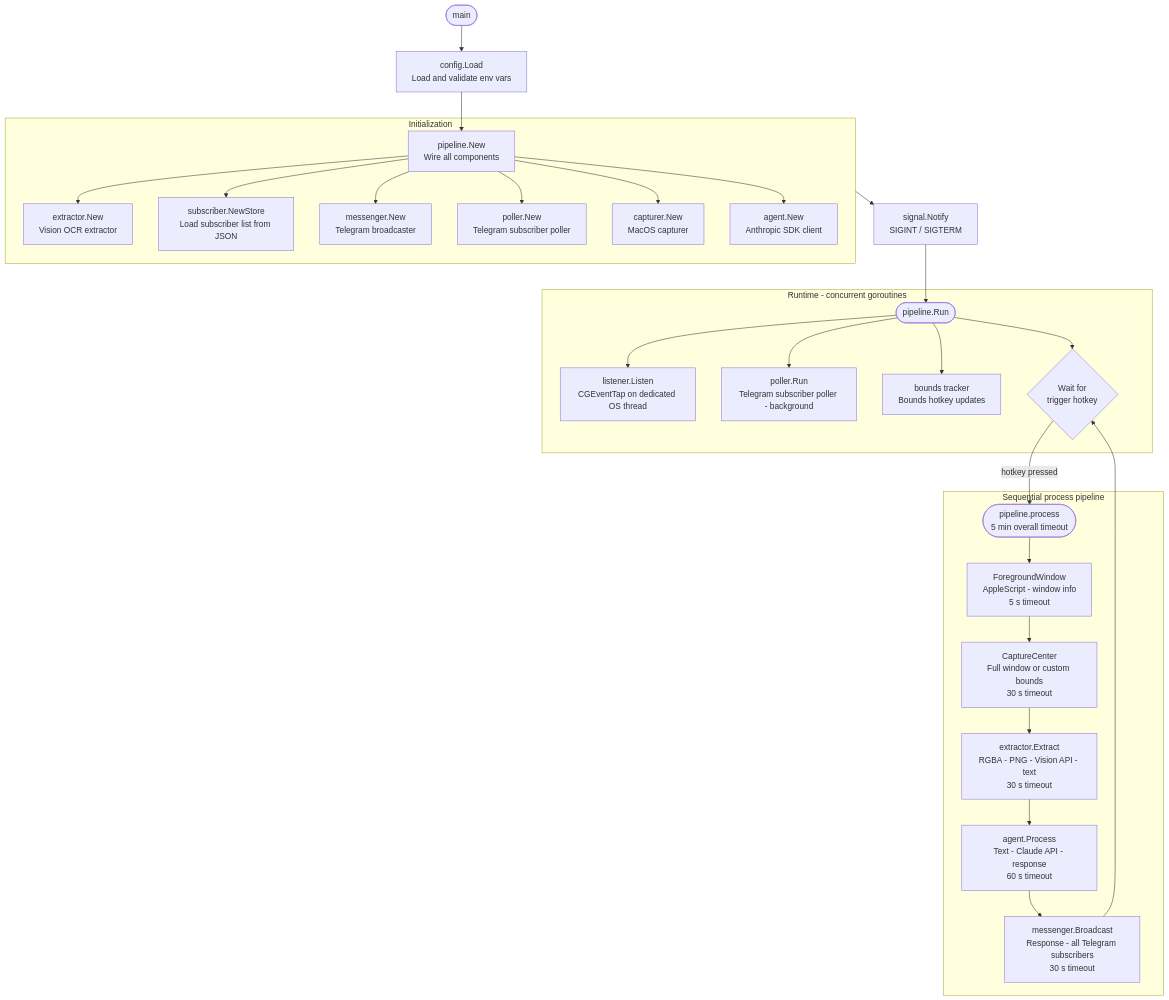
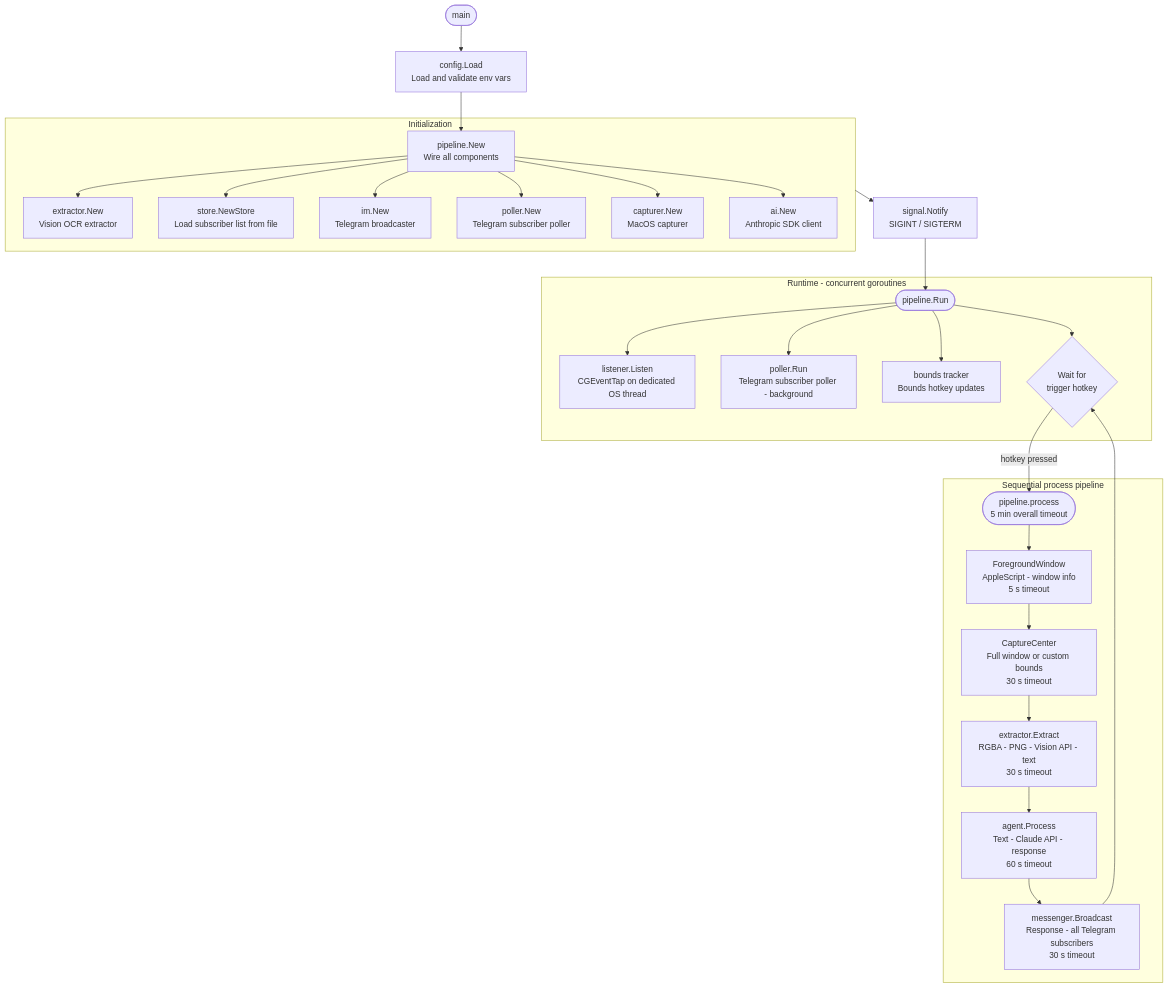
Before and after one commit to vdyalex/lens-daemon: the first of 3 diagrams in docs/ARCHITECTURE.md, drawn with Mermaid. The commit also changed other lines of this file and 58 other files, not shown here.

````diff
--- a/docs/ARCHITECTURE.md
+++ b/docs/ARCHITECTURE.md
@@ -23,36 +27,36 @@
 ```mermaid
 flowchart TD
     A([main]) --> B[config.Load<br/>Load and validate env vars]
     B --> C[pipeline.New<br/>Wire all components]
 
     subgraph Init[Initialization]
         C --> D[extractor.New<br/>Vision OCR extractor]
-        C --> E[subscriber.NewStore<br/>Load subscriber list from JSON]
-        C --> F[messenger.New<br/>Telegram broadcaster]
+        C --> E[store.NewStore<br/>Load subscriber list from file]
+        C --> F[im.New<br/>Telegram broadcaster]
         C --> G[poller.New<br/>Telegram subscriber poller]
         C --> H[capturer.New<br/>MacOS capturer]
-        C --> I[agent.New<br/>Anthropic SDK client]
+        C --> I[ai.New<br/>Anthropic SDK client]
     end
 
     Init --> J[signal.Notify<br/>SIGINT / SIGTERM]
     J --> K([pipeline.Run])
 
     subgraph Runtime[Runtime - concurrent goroutines]
         K --> L[listener.Listen<br/>CGEventTap on dedicated OS thread]
         K --> M[poller.Run<br/>Telegram subscriber poller - background]
         K --> N[bounds tracker<br/>Bounds hotkey updates]
         K --> O{Wait for<br/>trigger hotkey}
     end
 
     O -->|hotkey pressed| P([pipeline.process<br/>5 min overall timeout])
 
     subgraph Process[Sequential process pipeline]
         P --> Q[ForegroundWindow<br/>AppleScript - window info<br/>5 s timeout]
         Q --> R[CaptureCenter<br/>Full window or custom bounds<br/>30 s timeout]
         R --> S[extractor.Extract<br/>RGBA - PNG - Vision API - text<br/>30 s timeout]
         S --> T[agent.Process<br/>Text - Claude API - response<br/>60 s timeout]
         T --> U[messenger.Broadcast<br/>Response - all Telegram subscribers<br/>30 s timeout]
     end
 
     U --> O
 ```
````
